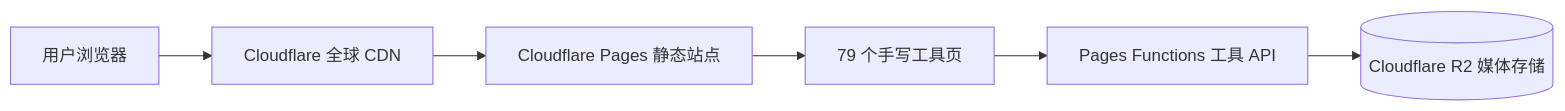
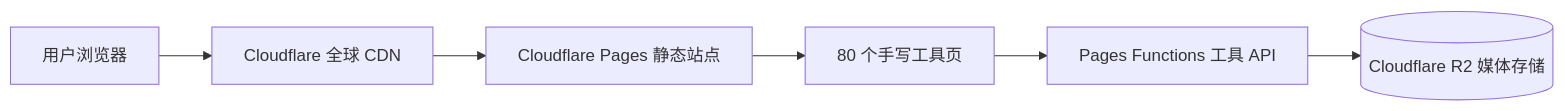
The diagram in README.md (YupenBob/clover-tools), drawn with Mermaid before and after one commit. The commit also changed other lines of this file and 31 other files, not shown here.

````diff
--- a/README.md
+++ b/README.md
@@ -59,8 +59,8 @@
 ```mermaid
 flowchart LR
   U[用户浏览器] --> CF[Cloudflare 全球 CDN]
   CF --> P[Cloudflare Pages 静态站点]
-  P --> T[79 个手写工具页]
+  P --> T[80 个手写工具页]
   T --> F[Pages Functions 工具 API]
   F --> R2[(Cloudflare R2 媒体存储)]
 ```
````
